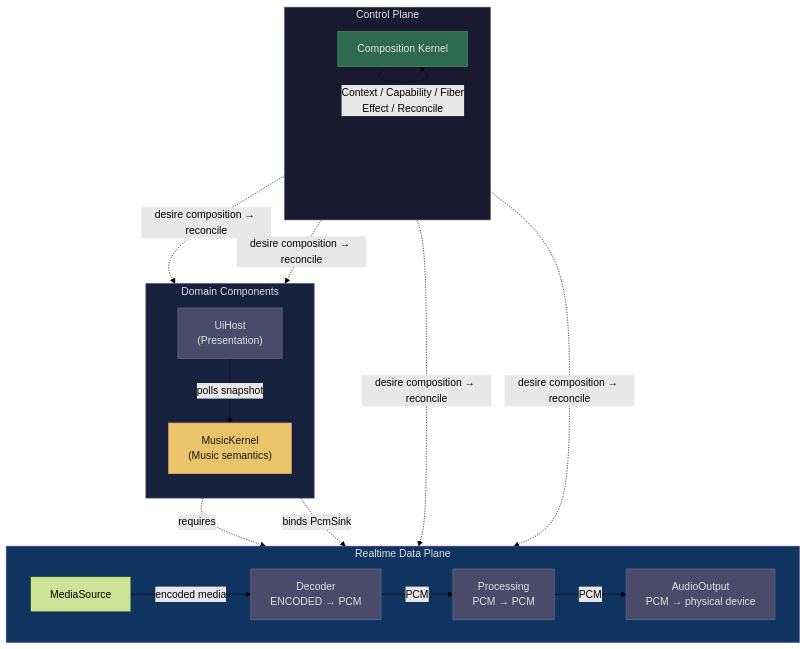
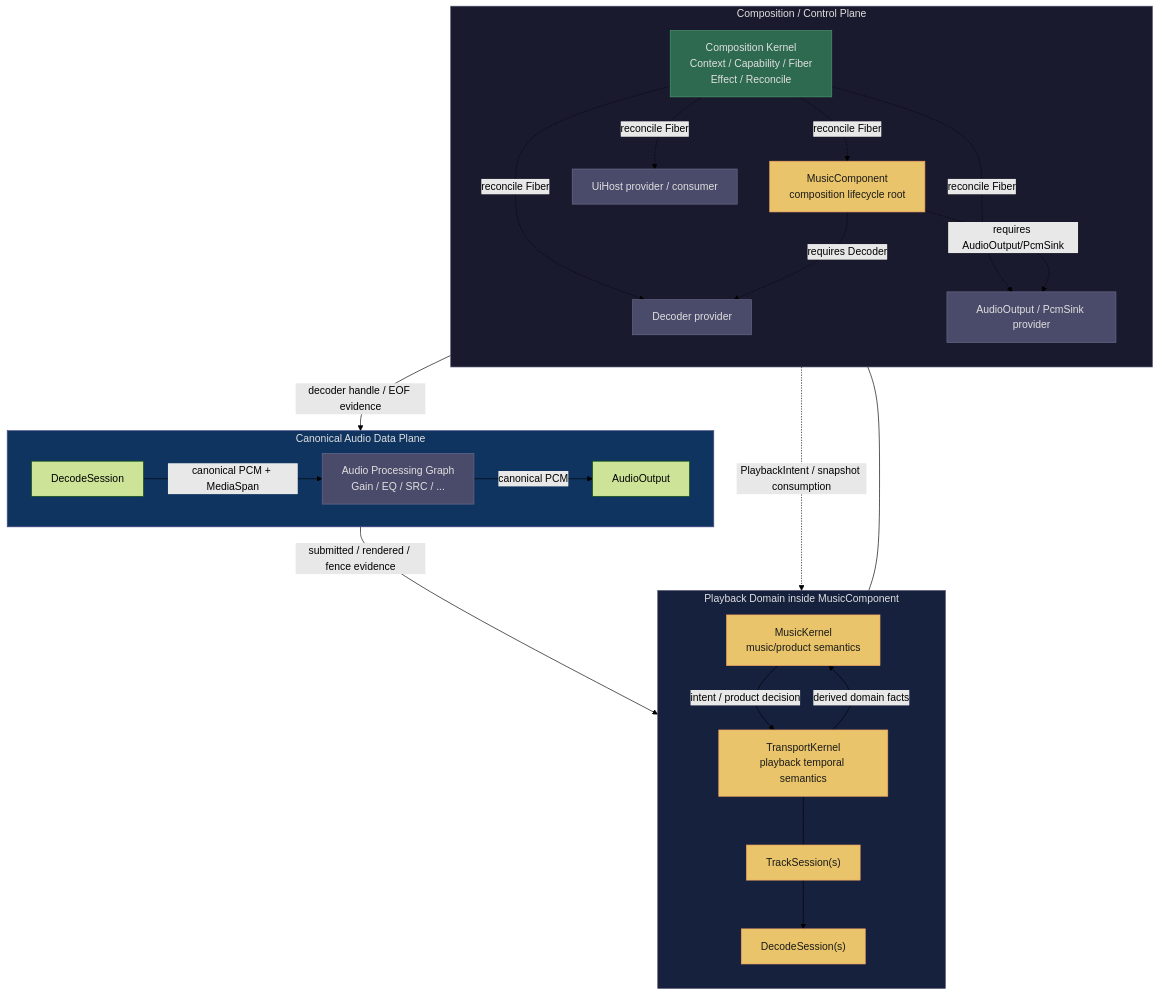
Before and after one commit to jnhu76/qianqian: the diagram in docs/architecture/diagrams/ARCH-001-qianqian-system-v1.mmd, drawn with Mermaid (forest theme). The commit also changed 24 other files, not shown here.

Commit message:
architecture: align playback authority surfaces with ADR-PBK-001

```diff
--- a/docs/architecture/diagrams/ARCH-001-qianqian-system-v1.mmd
+++ b/docs/architecture/diagrams/ARCH-001-qianqian-system-v1.mmd
@@ -1,40 +1,50 @@
 flowchart TB
-    subgraph ControlPlane["Control Plane"]
+    subgraph ControlPlane["Composition / Control Plane"]
         direction TB
-        CK["Composition Kernel"]
-        CK -."Context / Capability / Fiber\nEffect / Reconcile".-> CK
+        CK["Composition Kernel\nContext / Capability / Fiber\nEffect / Reconcile"]
+        MC["MusicComponent\ncomposition lifecycle root"]
+        DEC["Decoder provider"]
+        AOUT["AudioOutput / PcmSink provider"]
+        UH["UiHost provider / consumer"]
+
+        CK -.->|"reconcile Fiber"| MC
+        CK -.->|"reconcile Fiber"| DEC
+        CK -.->|"reconcile Fiber"| AOUT
+        CK -.->|"reconcile Fiber"| UH
+        MC -.->|"requires Decoder"| DEC
+        MC -.->|"requires AudioOutput/PcmSink"| AOUT
     end
 
-    subgraph DataPlane["Realtime Data Plane"]
-        direction LR
-        MS["MediaSource"] -->|encoded media| DEC["Decoder\nENCODED → PCM"]
-        DEC -->|PCM| PRO["Processing\nPCM → PCM"]
-        PRO -->|PCM| AOUT["AudioOutput\nPCM → physical device"]
+    subgraph PlaybackDomain["Playback Domain inside MusicComponent"]
+        direction TB
+        MK["MusicKernel\nmusic/product semantics"]
+        TK["TransportKernel\nplayback temporal semantics"]
+        TS["TrackSession(s)"] --> DS["DecodeSession(s)"]
+        MK -->|"intent / product decision"| TK
+        TK --- TS
     end
 
-    subgraph Domains["Domain Components"]
-        direction TB
-        MK["MusicKernel\n(Music semantics)"]
-        UH["UiHost\n(Presentation)"]
+    MC --- PlaybackDomain
+
+    subgraph DataPlane["Canonical Audio Data Plane"]
+        direction LR
+        DS2["DecodeSession"] -->|"canonical PCM + MediaSpan"| PRO["Audio Processing Graph\nGain / EQ / SRC / ..."]
+        PRO -->|"canonical PCM"| AO2["AudioOutput"]
     end
 
-    MK -.->|requires| DEC
-    MK -.->|binds PcmSink| AOUT
-    UH -.->|polls snapshot| MK
-
-    CK -.->|"desire composition → reconcile"| MK
-    CK -.->|"desire composition → reconcile"| DEC
-    CK -.->|"desire composition → reconcile"| AOUT
-    CK -.->|"desire composition → reconcile"| UH
+    DEC -->|"decoder handle / EOF evidence"| DS2
+    AO2 -->|"submitted / rendered / fence evidence"| TK
+    TK -->|"derived domain facts"| MK
+    UH -.->|"PlaybackIntent / snapshot consumption"| MK
 
     style ControlPlane fill:#1a1a2e,stroke:#4a4a6a,color:#e0e0e0
+    style PlaybackDomain fill:#16213e,stroke:#4a4a6a,color:#e0e0e0
     style DataPlane fill:#0f3460,stroke:#4a4a8a,color:#e0e0e0
-    style Domains fill:#16213e,stroke:#4a4a6a,color:#e0e0e0
 
     classDef implemented fill:#2d6a4f,stroke:#4a9a6f,color:#e0e0e0
-    classDef next fill:#e9c46a,stroke:#f4a261,color:#1a1a1a
+    classDef designed fill:#e9c46a,stroke:#f4a261,color:#1a1a1a
     classDef planned fill:#4a4a6a,stroke:#6a6a8a,color:#e0e0e0
 
     class CK implemented
-    class MK next
-    class DEC,PRO,AOUT,UH planned
+    class MC,MK,TK,TS,DS designed
+    class DEC,AOUT,UH,PRO planned
```
